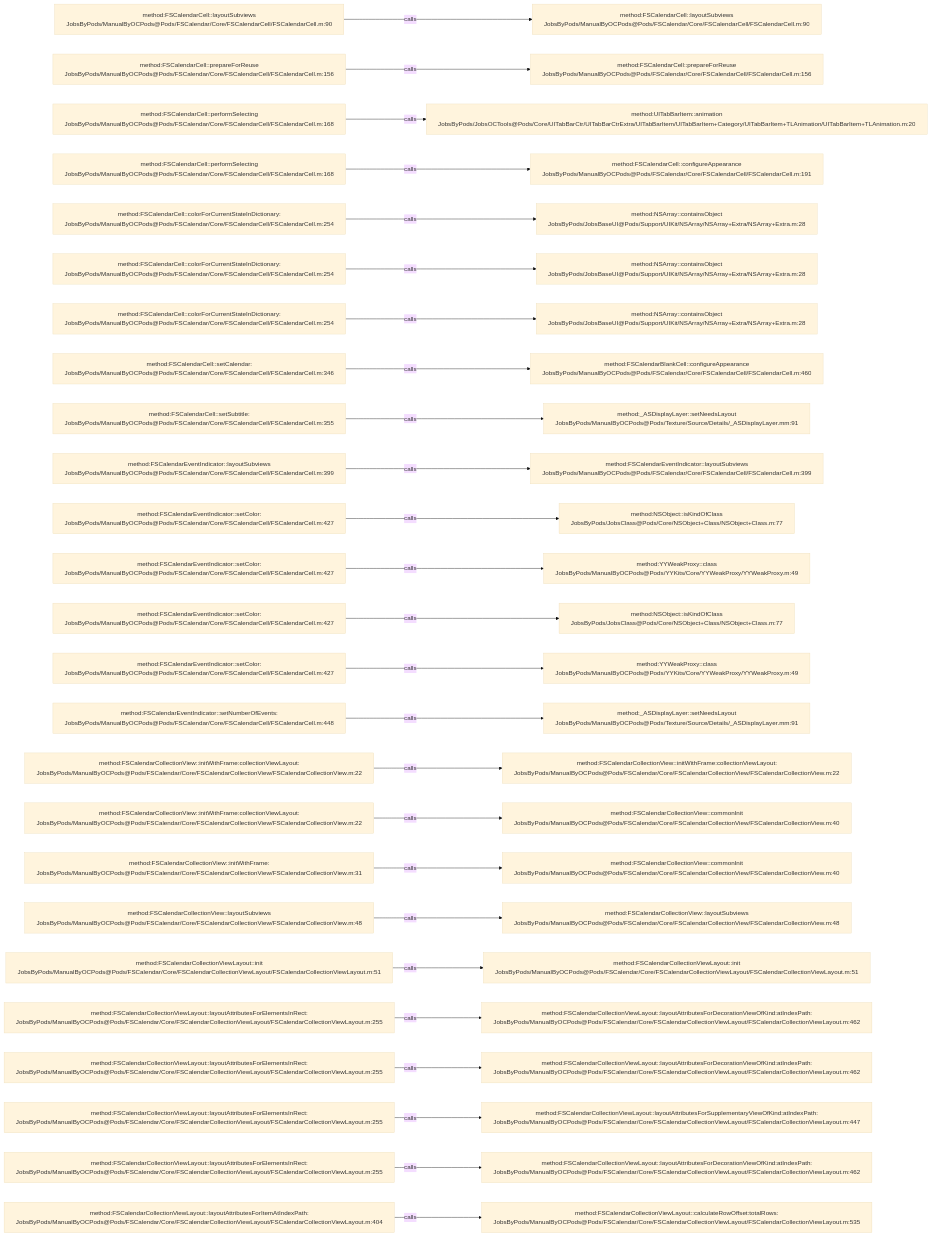
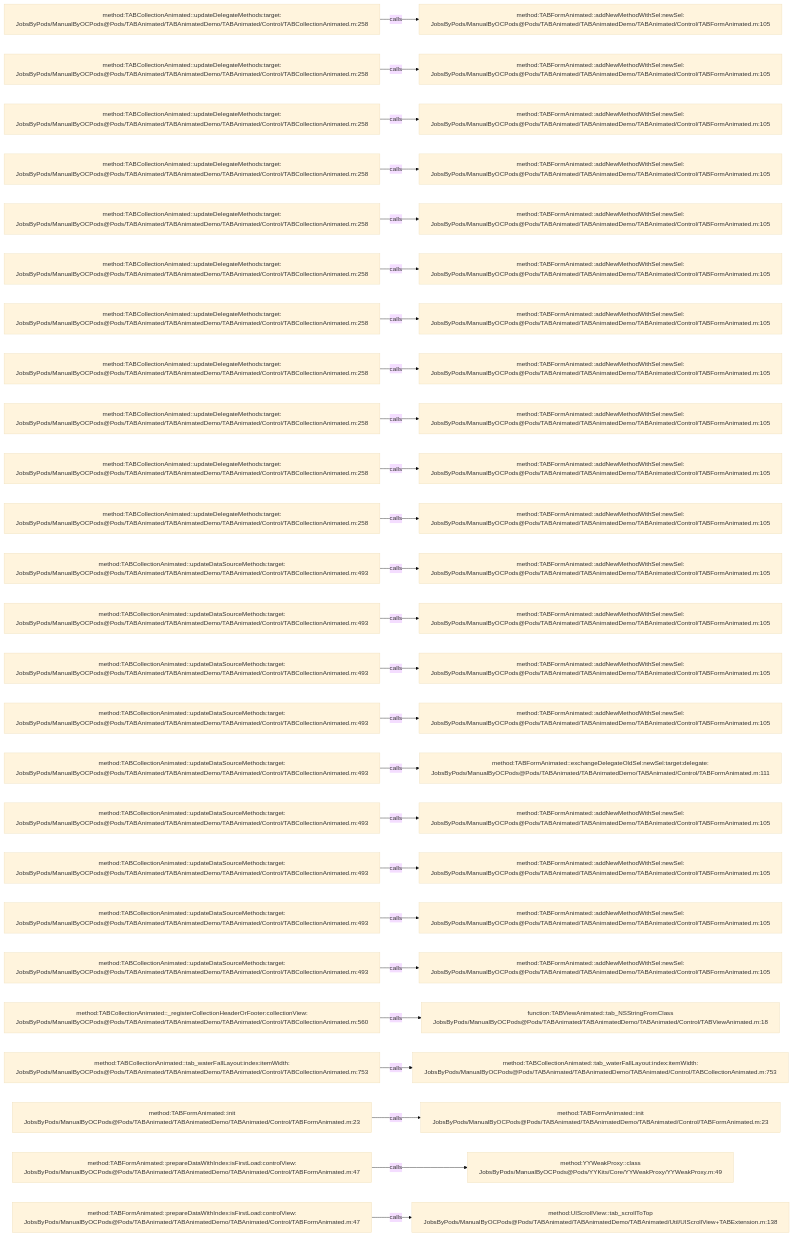
One commit to JobsKits/JobsOCBaseConfigDemo changed the diagram in .codegraph/codegraph.md/graphs/calls-025.md. Above: the diagram before and after it, drawn with Mermaid (base theme). The commit also changed 1223 other files, not shown here.

````diff
--- a/.codegraph/codegraph.md/graphs/calls-025.md
+++ b/.codegraph/codegraph.md/graphs/calls-025.md
@@ -13,78 +13,78 @@
 ```mermaid
 flowchart LR
-  S1["method:FSCalendarCell::layoutSubviews<br/>JobsByPods/ManualByOCPods@Pods/FSCalendar/Core/FSCalendarCell/FSCalendarCell.m:90"]
-  T1["method:FSCalendarCell::layoutSubviews<br/>JobsByPods/ManualByOCPods@Pods/FSCalendar/Core/FSCalendarCell/FSCalendarCell.m:90"]
+  S1["method:TABCollectionAnimated::updateDelegateMethods:target:<br/>JobsByPods/ManualByOCPods@Pods/TABAnimated/TABAnimatedDemo/TABAnimated/Control/TABCollectionAnimated.m:258"]
+  T1["method:TABFormAnimated::addNewMethodWithSel:newSel:<br/>JobsByPods/ManualByOCPods@Pods/TABAnimated/TABAnimatedDemo/TABAnimated/Control/TABFormAnimated.m:105"]
   S1 -->|calls| T1
-  S2["method:FSCalendarCell::prepareForReuse<br/>JobsByPods/ManualByOCPods@Pods/FSCalendar/Core/FSCalendarCell/FSCalendarCell.m:156"]
-  T2["method:FSCalendarCell::prepareForReuse<br/>JobsByPods/ManualByOCPods@Pods/FSCalendar/Core/FSCalendarCell/FSCalendarCell.m:156"]
+  S2["method:TABCollectionAnimated::updateDelegateMethods:target:<br/>JobsByPods/ManualByOCPods@Pods/TABAnimated/TABAnimatedDemo/TABAnimated/Control/TABCollectionAnimated.m:258"]
+  T2["method:TABFormAnimated::addNewMethodWithSel:newSel:<br/>JobsByPods/ManualByOCPods@Pods/TABAnimated/TABAnimatedDemo/TABAnimated/Control/TABFormAnimated.m:105"]
   S2 -->|calls| T2
-  S3["method:FSCalendarCell::performSelecting<br/>JobsByPods/ManualByOCPods@Pods/FSCalendar/Core/FSCalendarCell/FSCalendarCell.m:168"]
-  T3["method:UITabBarItem::animation<br/>JobsByPods/JobsOCTools@Pods/Core/UITabBarCtr/UITabBarCtrExtra/UITabBarItem/UITabBarItem+Category/UITabBarItem+TLAnimation/UITabBarItem+TLAnimation.m:20"]
+  S3["method:TABCollectionAnimated::updateDelegateMethods:target:<br/>JobsByPods/ManualByOCPods@Pods/TABAnimated/TABAnimatedDemo/TABAnimated/Control/TABCollectionAnimated.m:258"]
+  T3["method:TABFormAnimated::addNewMethodWithSel:newSel:<br/>JobsByPods/ManualByOCPods@Pods/TABAnimated/TABAnimatedDemo/TABAnimated/Control/TABFormAnimated.m:105"]
   S3 -->|calls| T3
-  S4["method:FSCalendarCell::performSelecting<br/>JobsByPods/ManualByOCPods@Pods/FSCalendar/Core/FSCalendarCell/FSCalendarCell.m:168"]
-  T4["method:FSCalendarCell::configureAppearance<br/>JobsByPods/ManualByOCPods@Pods/FSCalendar/Core/FSCalendarCell/FSCalendarCell.m:191"]
+  S4["method:TABCollectionAnimated::updateDelegateMethods:target:<br/>JobsByPods/ManualByOCPods@Pods/TABAnimated/TABAnimatedDemo/TABAnimated/Control/TABCollectionAnimated.m:258"]
+  T4["method:TABFormAnimated::addNewMethodWithSel:newSel:<br/>JobsByPods/ManualByOCPods@Pods/TABAnimated/TABAnimatedDemo/TABAnimated/Control/TABFormAnimated.m:105"]
   S4 -->|calls| T4
-  S5["method:FSCalendarCell::colorForCurrentStateInDictionary:<br/>JobsByPods/ManualByOCPods@Pods/FSCalendar/Core/FSCalendarCell/FSCalendarCell.m:254"]
-  T5["method:NSArray::containsObject<br/>JobsByPods/JobsBaseUI@Pods/Support/UIKit/NSArray/NSArray+Extra/NSArray+Extra.m:28"]
+  S5["method:TABCollectionAnimated::updateDelegateMethods:target:<br/>JobsByPods/ManualByOCPods@Pods/TABAnimated/TABAnimatedDemo/TABAnimated/Control/TABCollectionAnimated.m:258"]
+  T5["method:TABFormAnimated::addNewMethodWithSel:newSel:<br/>JobsByPods/ManualByOCPods@Pods/TABAnimated/TABAnimatedDemo/TABAnimated/Control/TABFormAnimated.m:105"]
   S5 -->|calls| T5
-  S6["method:FSCalendarCell::colorForCurrentStateInDictionary:<br/>JobsByPods/ManualByOCPods@Pods/FSCalendar/Core/FSCalendarCell/FSCalendarCell.m:254"]
-  T6["method:NSArray::containsObject<br/>JobsByPods/JobsBaseUI@Pods/Support/UIKit/NSArray/NSArray+Extra/NSArray+Extra.m:28"]
+  S6["method:TABCollectionAnimated::updateDelegateMethods:target:<br/>JobsByPods/ManualByOCPods@Pods/TABAnimated/TABAnimatedDemo/TABAnimated/Control/TABCollectionAnimated.m:258"]
+  T6["method:TABFormAnimated::addNewMethodWithSel:newSel:<br/>JobsByPods/ManualByOCPods@Pods/TABAnimated/TABAnimatedDemo/TABAnimated/Control/TABFormAnimated.m:105"]
   S6 -->|calls| T6
-  S7["method:FSCalendarCell::colorForCurrentStateInDictionary:<br/>JobsByPods/ManualByOCPods@Pods/FSCalendar/Core/FSCalendarCell/FSCalendarCell.m:254"]
-  T7["method:NSArray::containsObject<br/>JobsByPods/JobsBaseUI@Pods/Support/UIKit/NSArray/NSArray+Extra/NSArray+Extra.m:28"]
+  S7["method:TABCollectionAnimated::updateDelegateMethods:target:<br/>JobsByPods/ManualByOCPods@Pods/TABAnimated/TABAnimatedDemo/TABAnimated/Control/TABCollectionAnimated.m:258"]
+  T7["method:TABFormAnimated::addNewMethodWithSel:newSel:<br/>JobsByPods/ManualByOCPods@Pods/TABAnimated/TABAnimatedDemo/TABAnimated/Control/TABFormAnimated.m:105"]
   S7 -->|calls| T7
-  S8["method:FSCalendarCell::setCalendar:<br/>JobsByPods/ManualByOCPods@Pods/FSCalendar/Core/FSCalendarCell/FSCalendarCell.m:346"]
-  T8["method:FSCalendarBlankCell::configureAppearance<br/>JobsByPods/ManualByOCPods@Pods/FSCalendar/Core/FSCalendarCell/FSCalendarCell.m:460"]
+  S8["method:TABCollectionAnimated::updateDelegateMethods:target:<br/>JobsByPods/ManualByOCPods@Pods/TABAnimated/TABAnimatedDemo/TABAnimated/Control/TABCollectionAnimated.m:258"]
+  T8["method:TABFormAnimated::addNewMethodWithSel:newSel:<br/>JobsByPods/ManualByOCPods@Pods/TABAnimated/TABAnimatedDemo/TABAnimated/Control/TABFormAnimated.m:105"]
   S8 -->|calls| T8
-  S9["method:FSCalendarCell::setSubtitle:<br/>JobsByPods/ManualByOCPods@Pods/FSCalendar/Core/FSCalendarCell/FSCalendarCell.m:355"]
-  T9["method:_ASDisplayLayer::setNeedsLayout<br/>JobsByPods/ManualByOCPods@Pods/Texture/Source/Details/_ASDisplayLayer.mm:91"]
+  S9["method:TABCollectionAnimated::updateDelegateMethods:target:<br/>JobsByPods/ManualByOCPods@Pods/TABAnimated/TABAnimatedDemo/TABAnimated/Control/TABCollectionAnimated.m:258"]
+  T9["method:TABFormAnimated::addNewMethodWithSel:newSel:<br/>JobsByPods/ManualByOCPods@Pods/TABAnimated/TABAnimatedDemo/TABAnimated/Control/TABFormAnimated.m:105"]
   S9 -->|calls| T9
-  S10["method:FSCalendarEventIndicator::layoutSubviews<br/>JobsByPods/ManualByOCPods@Pods/FSCalendar/Core/FSCalendarCell/FSCalendarCell.m:399"]
-  T10["method:FSCalendarEventIndicator::layoutSubviews<br/>JobsByPods/ManualByOCPods@Pods/FSCalendar/Core/FSCalendarCell/FSCalendarCell.m:399"]
+  S10["method:TABCollectionAnimated::updateDelegateMethods:target:<br/>JobsByPods/ManualByOCPods@Pods/TABAnimated/TABAnimatedDemo/TABAnimated/Control/TABCollectionAnimated.m:258"]
+  T10["method:TABFormAnimated::addNewMethodWithSel:newSel:<br/>JobsByPods/ManualByOCPods@Pods/TABAnimated/TABAnimatedDemo/TABAnimated/Control/TABFormAnimated.m:105"]
   S10 -->|calls| T10
-  S11["method:FSCalendarEventIndicator::setColor:<br/>JobsByPods/ManualByOCPods@Pods/FSCalendar/Core/FSCalendarCell/FSCalendarCell.m:427"]
-  T11["method:NSObject::isKindOfClass<br/>JobsByPods/JobsClass@Pods/Core/NSObject+Class/NSObject+Class.m:77"]
+  S11["method:TABCollectionAnimated::updateDelegateMethods:target:<br/>JobsByPods/ManualByOCPods@Pods/TABAnimated/TABAnimatedDemo/TABAnimated/Control/TABCollectionAnimated.m:258"]
+  T11["method:TABFormAnimated::addNewMethodWithSel:newSel:<br/>JobsByPods/ManualByOCPods@Pods/TABAnimated/TABAnimatedDemo/TABAnimated/Control/TABFormAnimated.m:105"]
   S11 -->|calls| T11
-  S12["method:FSCalendarEventIndicator::setColor:<br/>JobsByPods/ManualByOCPods@Pods/FSCalendar/Core/FSCalendarCell/FSCalendarCell.m:427"]
-  T12["method:YYWeakProxy::class<br/>JobsByPods/ManualByOCPods@Pods/YYKits/Core/YYWeakProxy/YYWeakProxy.m:49"]
+  S12["method:TABCollectionAnimated::updateDataSourceMethods:target:<br/>JobsByPods/ManualByOCPods@Pods/TABAnimated/TABAnimatedDemo/TABAnimated/Control/TABCollectionAnimated.m:493"]
+  T12["method:TABFormAnimated::addNewMethodWithSel:newSel:<br/>JobsByPods/ManualByOCPods@Pods/TABAnimated/TABAnimatedDemo/TABAnimated/Control/TABFormAnimated.m:105"]
   S12 -->|calls| T12
-  S13["method:FSCalendarEventIndicator::setColor:<br/>JobsByPods/ManualByOCPods@Pods/FSCalendar/Core/FSCalendarCell/FSCalendarCell.m:427"]
-  T13["method:NSObject::isKindOfClass<br/>JobsByPods/JobsClass@Pods/Core/NSObject+Class/NSObject+Class.m:77"]
+  S13["method:TABCollectionAnimated::updateDataSourceMethods:target:<br/>JobsByPods/ManualByOCPods@Pods/TABAnimated/TABAnimatedDemo/TABAnimated/Control/TABCollectionAnimated.m:493"]
+  T13["method:TABFormAnimated::addNewMethodWithSel:newSel:<br/>JobsByPods/ManualByOCPods@Pods/TABAnimated/TABAnimatedDemo/TABAnimated/Control/TABFormAnimated.m:105"]
   S13 -->|calls| T13
-  S14["method:FSCalendarEventIndicator::setColor:<br/>JobsByPods/ManualByOCPods@Pods/FSCalendar/Core/FSCalendarCell/FSCalendarCell.m:427"]
-  T14["method:YYWeakProxy::class<br/>JobsByPods/ManualByOCPods@Pods/YYKits/Core/YYWeakProxy/YYWeakProxy.m:49"]
+  S14["method:TABCollectionAnimated::updateDataSourceMethods:target:<br/>JobsByPods/ManualByOCPods@Pods/TABAnimated/TABAnimatedDemo/TABAnimated/Control/TABCollectionAnimated.m:493"]
+  T14["method:TABFormAnimated::addNewMethodWithSel:newSel:<br/>JobsByPods/ManualByOCPods@Pods/TABAnimated/TABAnimatedDemo/TABAnimated/Control/TABFormAnimated.m:105"]
   S14 -->|calls| T14
-  S15["method:FSCalendarEventIndicator::setNumberOfEvents:<br/>JobsByPods/ManualByOCPods@Pods/FSCalendar/Core/FSCalendarCell/FSCalendarCell.m:448"]
-  T15["method:_ASDisplayLayer::setNeedsLayout<br/>JobsByPods/ManualByOCPods@Pods/Texture/Source/Details/_ASDisplayLayer.mm:91"]
+  S15["method:TABCollectionAnimated::updateDataSourceMethods:target:<br/>JobsByPods/ManualByOCPods@Pods/TABAnimated/TABAnimatedDemo/TABAnimated/Control/TABCollectionAnimated.m:493"]
+  T15["method:TABFormAnimated::addNewMethodWithSel:newSel:<br/>JobsByPods/ManualByOCPods@Pods/TABAnimated/TABAnimatedDemo/TABAnimated/Control/TABFormAnimated.m:105"]
   S15 -->|calls| T15
-  S16["method:FSCalendarCollectionView::initWithFrame:collectionViewLayout:<br/>JobsByPods/ManualByOCPods@Pods/FSCalendar/Core/FSCalendarCollectionView/FSCalendarCollectionView.m:22"]
-  T16["method:FSCalendarCollectionView::initWithFrame:collectionViewLayout:<br/>JobsByPods/ManualByOCPods@Pods/FSCalendar/Core/FSCalendarCollectionView/FSCalendarCollectionView.m:22"]
+  S16["method:TABCollectionAnimated::updateDataSourceMethods:target:<br/>JobsByPods/ManualByOCPods@Pods/TABAnimated/TABAnimatedDemo/TABAnimated/Control/TABCollectionAnimated.m:493"]
+  T16["method:TABFormAnimated::exchangeDelegateOldSel:newSel:target:delegate:<br/>JobsByPods/ManualByOCPods@Pods/TABAnimated/TABAnimatedDemo/TABAnimated/Control/TABFormAnimated.m:111"]
   S16 -->|calls| T16
-  S17["method:FSCalendarCollectionView::initWithFrame:collectionViewLayout:<br/>JobsByPods/ManualByOCPods@Pods/FSCalendar/Core/FSCalendarCollectionView/FSCalendarCollectionView.m:22"]
-  T17["method:FSCalendarCollectionView::commonInit<br/>JobsByPods/ManualByOCPods@Pods/FSCalendar/Core/FSCalendarCollectionView/FSCalendarCollectionView.m:40"]
+  S17["method:TABCollectionAnimated::updateDataSourceMethods:target:<br/>JobsByPods/ManualByOCPods@Pods/TABAnimated/TABAnimatedDemo/TABAnimated/Control/TABCollectionAnimated.m:493"]
+  T17["method:TABFormAnimated::addNewMethodWithSel:newSel:<br/>JobsByPods/ManualByOCPods@Pods/TABAnimated/TABAnimatedDemo/TABAnimated/Control/TABFormAnimated.m:105"]
   S17 -->|calls| T17
-  S18["method:FSCalendarCollectionView::initWithFrame:<br/>JobsByPods/ManualByOCPods@Pods/FSCalendar/Core/FSCalendarCollectionView/FSCalendarCollectionView.m:31"]
-  T18["method:FSCalendarCollectionView::commonInit<br/>JobsByPods/ManualByOCPods@Pods/FSCalendar/Core/FSCalendarCollectionView/FSCalendarCollectionView.m:40"]
+  S18["method:TABCollectionAnimated::updateDataSourceMethods:target:<br/>JobsByPods/ManualByOCPods@Pods/TABAnimated/TABAnimatedDemo/TABAnimated/Control/TABCollectionAnimated.m:493"]
+  T18["method:TABFormAnimated::addNewMethodWithSel:newSel:<br/>JobsByPods/ManualByOCPods@Pods/TABAnimated/TABAnimatedDemo/TABAnimated/Control/TABFormAnimated.m:105"]
   S18 -->|calls| T18
-  S19["method:FSCalendarCollectionView::layoutSubviews<br/>JobsByPods/ManualByOCPods@Pods/FSCalendar/Core/FSCalendarCollectionView/FSCalendarCollectionView.m:48"]
-  T19["method:FSCalendarCollectionView::layoutSubviews<br/>JobsByPods/ManualByOCPods@Pods/FSCalendar/Core/FSCalendarCollectionView/FSCalendarCollectionView.m:48"]
+  S19["method:TABCollectionAnimated::updateDataSourceMethods:target:<br/>JobsByPods/ManualByOCPods@Pods/TABAnimated/TABAnimatedDemo/TABAnimated/Control/TABCollectionAnimated.m:493"]
+  T19["method:TABFormAnimated::addNewMethodWithSel:newSel:<br/>JobsByPods/ManualByOCPods@Pods/TABAnimated/TABAnimatedDemo/TABAnimated/Control/TABFormAnimated.m:105"]
   S19 -->|calls| T19
-  S20["method:FSCalendarCollectionViewLayout::init<br/>JobsByPods/ManualByOCPods@Pods/FSCalendar/Core/FSCalendarCollectionViewLayout/FSCalendarCollectionViewLayout.m:51"]
-  T20["method:FSCalendarCollectionViewLayout::init<br/>JobsByPods/ManualByOCPods@Pods/FSCalendar/Core/FSCalendarCollectionViewLayout/FSCalendarCollectionViewLayout.m:51"]
+  S20["method:TABCollectionAnimated::updateDataSourceMethods:target:<br/>JobsByPods/ManualByOCPods@Pods/TABAnimated/TABAnimatedDemo/TABAnimated/Control/TABCollectionAnimated.m:493"]
+  T20["method:TABFormAnimated::addNewMethodWithSel:newSel:<br/>JobsByPods/ManualByOCPods@Pods/TABAnimated/TABAnimatedDemo/TABAnimated/Control/TABFormAnimated.m:105"]
   S20 -->|calls| T20
-  S21["method:FSCalendarCollectionViewLayout::layoutAttributesForElementsInRect:<br/>JobsByPods/ManualByOCPods@Pods/FSCalendar/Core/FSCalendarCollectionViewLayout/FSCalendarCollectionViewLayout.m:255"]
-  T21["method:FSCalendarCollectionViewLayout::layoutAttributesForDecorationViewOfKind:atIndexPath:<br/>JobsByPods/ManualByOCPods@Pods/FSCalendar/Core/FSCalendarCollectionViewLayout/FSCalendarCollectionViewLayout.m:462"]
+  S21["method:TABCollectionAnimated::_registerCollectionHeaderOrFooter:collectionView:<br/>JobsByPods/ManualByOCPods@Pods/TABAnimated/TABAnimatedDemo/TABAnimated/Control/TABCollectionAnimated.m:560"]
+  T21["function:TABViewAnimated::tab_NSStringFromClass<br/>JobsByPods/ManualByOCPods@Pods/TABAnimated/TABAnimatedDemo/TABAnimated/Control/TABViewAnimated.m:18"]
   S21 -->|calls| T21
-  S22["method:FSCalendarCollectionViewLayout::layoutAttributesForElementsInRect:<br/>JobsByPods/ManualByOCPods@Pods/FSCalendar/Core/FSCalendarCollectionViewLayout/FSCalendarCollectionViewLayout.m:255"]
-  T22["method:FSCalendarCollectionViewLayout::layoutAttributesForDecorationViewOfKind:atIndexPath:<br/>JobsByPods/ManualByOCPods@Pods/FSCalendar/Core/FSCalendarCollectionViewLayout/FSCalendarCollectionViewLayout.m:462"]
+  S22["method:TABCollectionAnimated::tab_waterFallLayout:index:itemWidth:<br/>JobsByPods/ManualByOCPods@Pods/TABAnimated/TABAnimatedDemo/TABAnimated/Control/TABCollectionAnimated.m:753"]
+  T22["method:TABCollectionAnimated::tab_waterFallLayout:index:itemWidth:<br/>JobsByPods/ManualByOCPods@Pods/TABAnimated/TABAnimatedDemo/TABAnimated/Control/TABCollectionAnimated.m:753"]
   S22 -->|calls| T22
-  S23["method:FSCalendarCollectionViewLayout::layoutAttributesForElementsInRect:<br/>JobsByPods/ManualByOCPods@Pods/FSCalendar/Core/FSCalendarCollectionViewLayout/FSCalendarCollectionViewLayout.m:255"]
-  T23["method:FSCalendarCollectionViewLayout::layoutAttributesForSupplementaryViewOfKind:atIndexPath:<br/>JobsByPods/ManualByOCPods@Pods/FSCalendar/Core/FSCalendarCollectionViewLayout/FSCalendarCollectionViewLayout.m:447"]
+  S23["method:TABFormAnimated::init<br/>JobsByPods/ManualByOCPods@Pods/TABAnimated/TABAnimatedDemo/TABAnimated/Control/TABFormAnimated.m:23"]
+  T23["method:TABFormAnimated::init<br/>JobsByPods/ManualByOCPods@Pods/TABAnimated/TABAnimatedDemo/TABAnimated/Control/TABFormAnimated.m:23"]
   S23 -->|calls| T23
-  S24["method:FSCalendarCollectionViewLayout::layoutAttributesForElementsInRect:<br/>JobsByPods/ManualByOCPods@Pods/FSCalendar/Core/FSCalendarCollectionViewLayout/FSCalendarCollectionViewLayout.m:255"]
-  T24["method:FSCalendarCollectionViewLayout::layoutAttributesForDecorationViewOfKind:atIndexPath:<br/>JobsByPods/ManualByOCPods@Pods/FSCalendar/Core/FSCalendarCollectionViewLayout/FSCalendarCollectionViewLayout.m:462"]
+  S24["method:TABFormAnimated::prepareDataWithIndex:isFirstLoad:controlView:<br/>JobsByPods/ManualByOCPods@Pods/TABAnimated/TABAnimatedDemo/TABAnimated/Control/TABFormAnimated.m:47"]
+  T24["method:YYWeakProxy::class<br/>JobsByPods/ManualByOCPods@Pods/YYKits/Core/YYWeakProxy/YYWeakProxy.m:49"]
   S24 -->|calls| T24
-  S25["method:FSCalendarCollectionViewLayout::layoutAttributesForItemAtIndexPath:<br/>JobsByPods/ManualByOCPods@Pods/FSCalendar/Core/FSCalendarCollectionViewLayout/FSCalendarCollectionViewLayout.m:404"]
-  T25["method:FSCalendarCollectionViewLayout::calculateRowOffset:totalRows:<br/>JobsByPods/ManualByOCPods@Pods/FSCalendar/Core/FSCalendarCollectionViewLayout/FSCalendarCollectionViewLayout.m:535"]
+  S25["method:TABFormAnimated::prepareDataWithIndex:isFirstLoad:controlView:<br/>JobsByPods/ManualByOCPods@Pods/TABAnimated/TABAnimatedDemo/TABAnimated/Control/TABFormAnimated.m:47"]
+  T25["method:UIScrollView::tab_scrollToTop<br/>JobsByPods/ManualByOCPods@Pods/TABAnimated/TABAnimatedDemo/TABAnimated/Util/UIScrollView+TABExtension.m:138"]
   S25 -->|calls| T25
 ```
````
